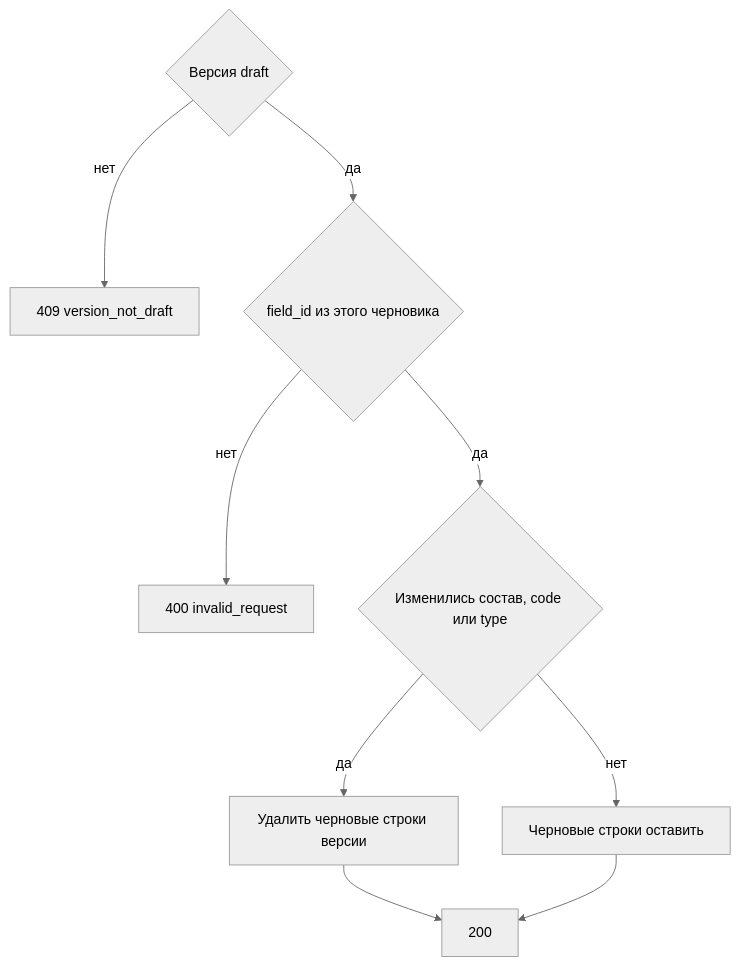
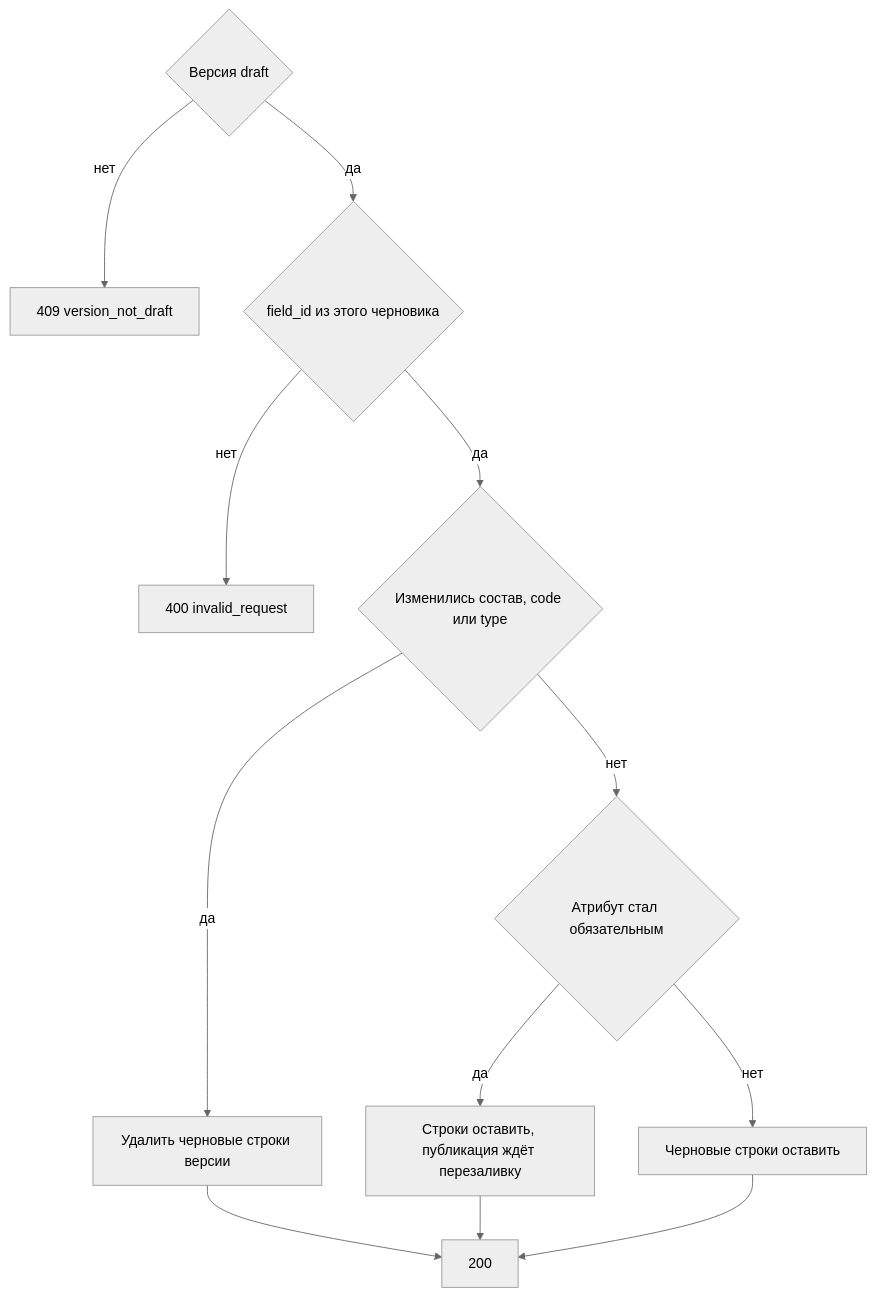
Before and after one commit to StrannikE95/reference_data: the diagram in docs/1. functional/specification/v2 - 1 таблица/api/management.api/MetadataController/patch_version.md, drawn with Mermaid (neutral theme). The commit also changed other lines of this file and 14 other files, not shown here.

````diff
--- a/docs/1. functional/specification/v2 - 1 таблица/api/management.api/MetadataController/patch_version.md
+++ b/docs/1. functional/specification/v2 - 1 таблица/api/management.api/MetadataController/patch_version.md
@@ -93,11 +93,14 @@
 ```mermaid
 flowchart TD
   draft{"Версия draft"} -->|нет| bad["409 version_not_draft"]
   draft -->|да| known{"field_id из этого черновика"}
   known -->|нет| req["400 invalid_request"]
   known -->|да| struct{"Изменились состав, code или type"}
   struct -->|да| wipe["Удалить черновые строки версии"]
-  struct -->|нет| keep["Черновые строки оставить"]
+  struct -->|нет| reqUp{"Атрибут стал обязательным"}
+  reqUp -->|да| keepReq["Строки оставить, публикация ждёт перезаливку"]
+  reqUp -->|нет| keep["Черновые строки оставить"]
   wipe --> ok["200"]
+  keepReq --> ok
   keep --> ok
 ```
````
